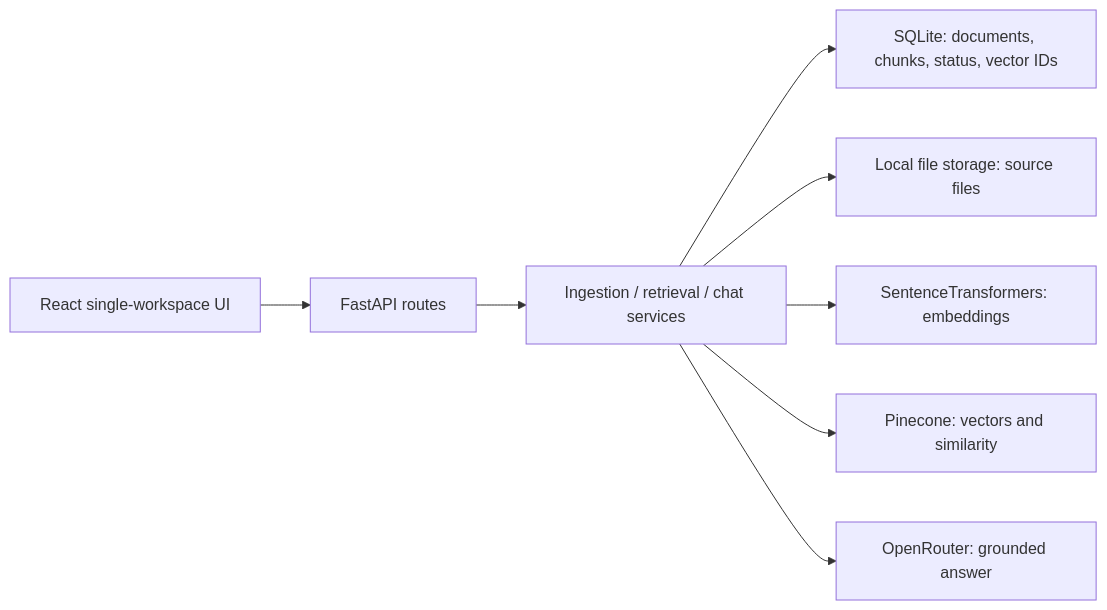
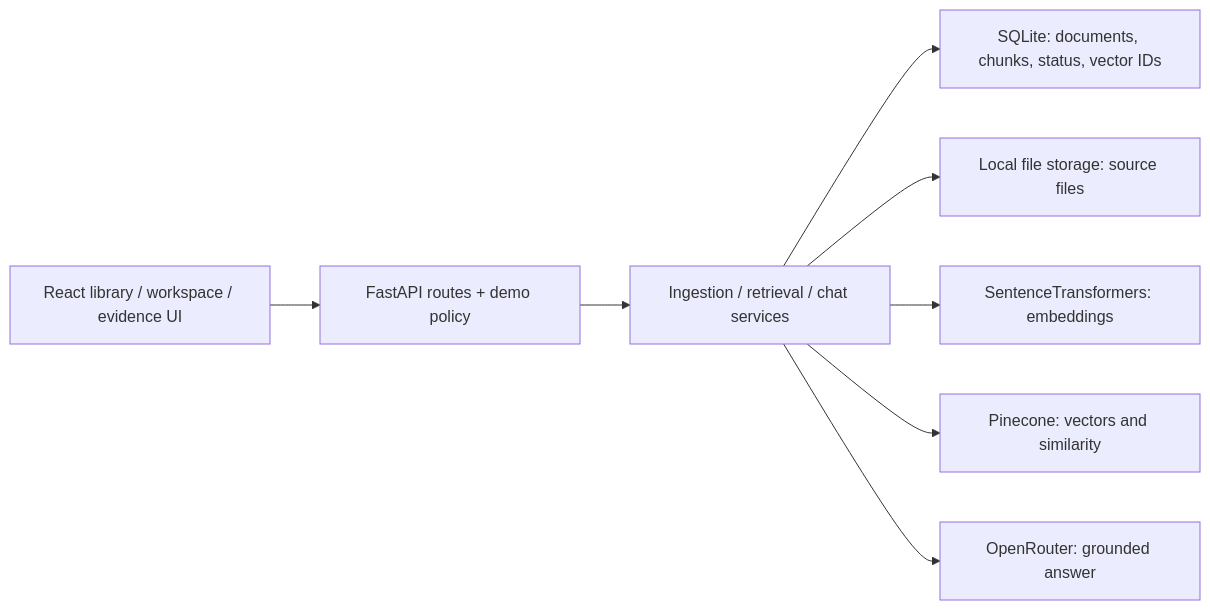
Before and after one commit to PaarthSh4rma/clientops-copilot: the first of 3 diagrams in docs/ARCHITECTURE.md, drawn with Mermaid. The commit also changed other lines of this file and 69 other files, not shown here.

````diff
--- a/docs/ARCHITECTURE.md
+++ b/docs/ARCHITECTURE.md
@@ -5,10 +5,10 @@
 ```mermaid
 flowchart LR
-  UI["React single-workspace UI"] --> API["FastAPI routes"]
+  UI["React library / workspace / evidence UI"] --> API["FastAPI routes + demo policy"]
   API --> SVC["Ingestion / retrieval / chat services"]
   SVC --> SQL["SQLite: documents, chunks, status, vector IDs"]
   SVC --> FS["Local file storage: source files"]
   SVC --> EMB["SentenceTransformers: embeddings"]
   SVC --> PC["Pinecone: vectors and similarity"]
   SVC --> OR["OpenRouter: grounded answer"]
 ```
````
